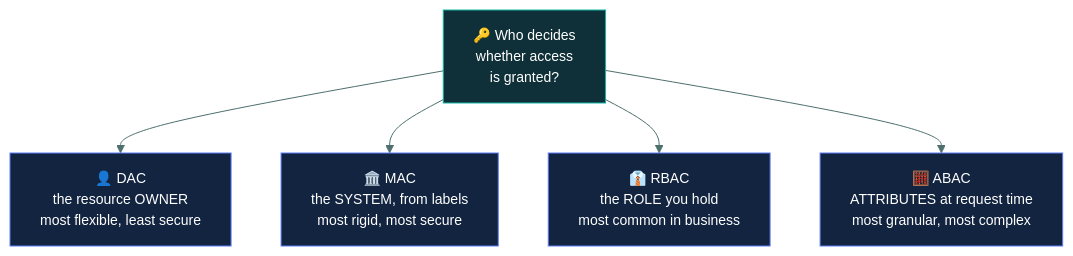
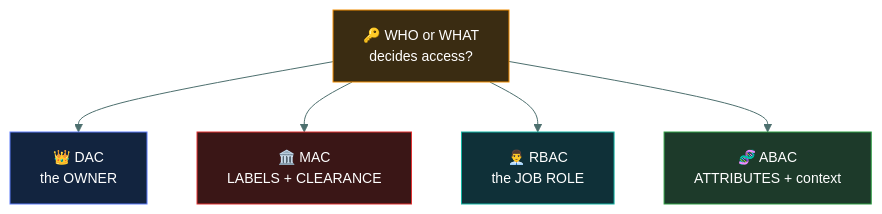
Before and after one commit to tarunTejaDesireddy/cc-exam-prep: the first of 5 diagrams in 03-access-control/dac-mac-rbac-abac/README.md, drawn with Mermaid. The commit also changed other lines of this file, not shown here.

Commit message:
Replace DAC/MAC/RBAC/ABAC with caveman-style version, diagrams and questions

````diff
--- a/03-access-control/dac-mac-rbac-abac/README.md
+++ b/03-access-control/dac-mac-rbac-abac/README.md
@@ -79,15 +28,15 @@
 ```mermaid
 %%{init: {'theme':'base','themeVariables':{'fontSize':'14px','lineColor':'#4d6f6e','textColor':'#dbe7e6'}}}%%
 flowchart TD
-    Q["🔑 Who decides<br/>whether access<br/>is granted?"]
-    Q --> D["👤 DAC<br/>the resource OWNER<br/>most flexible, least secure"]
-    Q --> M["🏛️ MAC<br/>the SYSTEM, from labels<br/>most rigid, most secure"]
-    Q --> R["👔 RBAC<br/>the ROLE you hold<br/>most common in business"]
-    Q --> A["🧮 ABAC<br/>ATTRIBUTES at request time<br/>most granular, most complex"]
+    Q["🔑 WHO or WHAT<br/>decides access?"]
+    Q --> D["👑 DAC<br/>the OWNER"]
+    Q --> M["🏛️ MAC<br/>LABELS + CLEARANCE"]
+    Q --> R["👨‍💼 RBAC<br/>the JOB ROLE"]
+    Q --> A["🧬 ABAC<br/>ATTRIBUTES + context"]
 
-    style Q fill:#0f3038,stroke:#12B5A5,color:#fff
+    style Q fill:#3a2c12,stroke:#F08C00,color:#fff
     style D fill:#12243f,stroke:#5C7CFA,color:#fff
-    style M fill:#12243f,stroke:#5C7CFA,color:#fff
-    style R fill:#12243f,stroke:#5C7CFA,color:#fff
-    style A fill:#12243f,stroke:#5C7CFA,color:#fff
+    style M fill:#3a1616,stroke:#E03131,color:#fff
+    style R fill:#0f3038,stroke:#12B5A5,color:#fff
+    style A fill:#1d3a2a,stroke:#2F9E44,color:#fff
 ```
````
